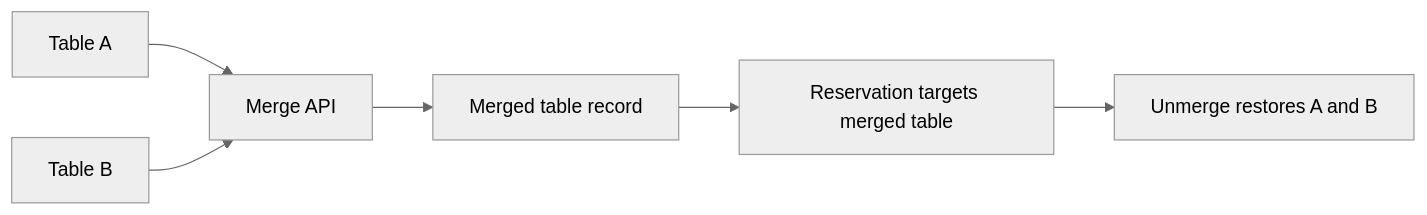
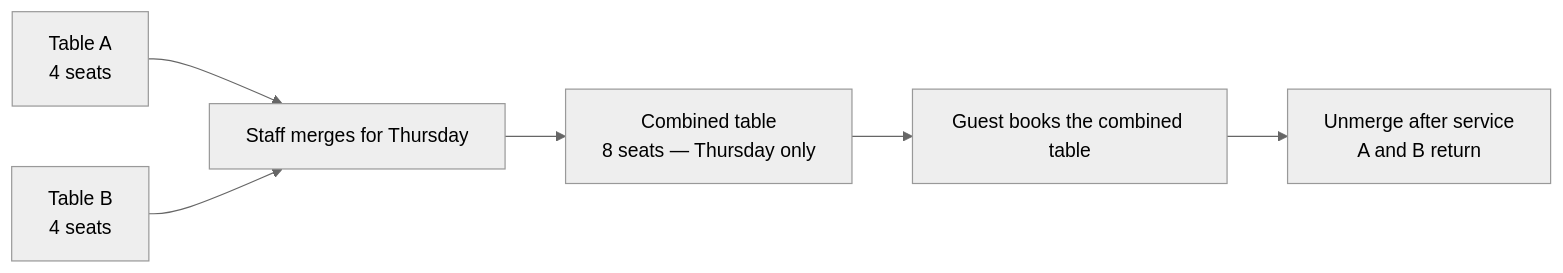
One commit to pizn-01/dinely changed the sixth of 6 diagrams in docs/CLIENT_HANDOVER_STAFF_OPERATIONS.md. Above: the diagram before and after it, drawn with Mermaid (neutral theme). The commit also changed other lines of this file and 2 other files, not shown here.

````diff
--- a/docs/CLIENT_HANDOVER_STAFF_OPERATIONS.md
+++ b/docs/CLIENT_HANDOVER_STAFF_OPERATIONS.md
@@ -140,10 +260,10 @@
 ```mermaid
 flowchart LR
-  T1[Table A]
-  T2[Table B]
-  T1 --> M[Merge API]
+  T1[Table A\n4 seats]
+  T2[Table B\n4 seats]
+  T1 --> M[Staff merges for Thursday]
   T2 --> M
-  M --> MT[Merged table record]
-  MT --> R[Reservation targets merged table]
-  R --> U[Unmerge restores A and B]
+  M --> MT[Combined table\n8 seats — Thursday only]
+  MT --> R[Guest books the combined table]
+  R --> U[Unmerge after service\nA and B return]
 ```
````
